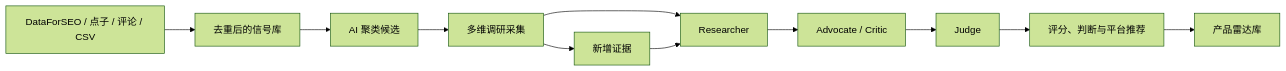
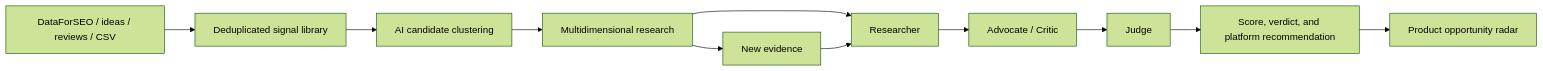
One commit to xiao131/product-radar changed the first of 2 diagrams in README.md. Above: the diagram before and after it, drawn with Mermaid (forest theme). The commit also changed other lines of this file and 7 other files, not shown here.

````diff
--- a/README.md
+++ b/README.md
@@ -105,13 +106,13 @@
 ```mermaid
 flowchart LR
-  A["DataForSEO / 点子 / 评论 / CSV"] --> B["去重后的信号库"]
-  B --> C["AI 聚类候选"]
-  C --> D["多维调研采集"]
+  A["DataForSEO / ideas / reviews / CSV"] --> B["Deduplicated signal library"]
+  B --> C["AI candidate clustering"]
+  C --> D["Multidimensional research"]
   D --> E["Researcher"]
   E --> F["Advocate / Critic"]
   F --> G["Judge"]
-  G --> H["评分、判断与平台推荐"]
-  H --> I["产品雷达库"]
-  D --> J["新增证据"]
+  G --> H["Score, verdict, and platform recommendation"]
+  H --> I["Product opportunity radar"]
+  D --> J["New evidence"]
   J --> E
 ```
````
